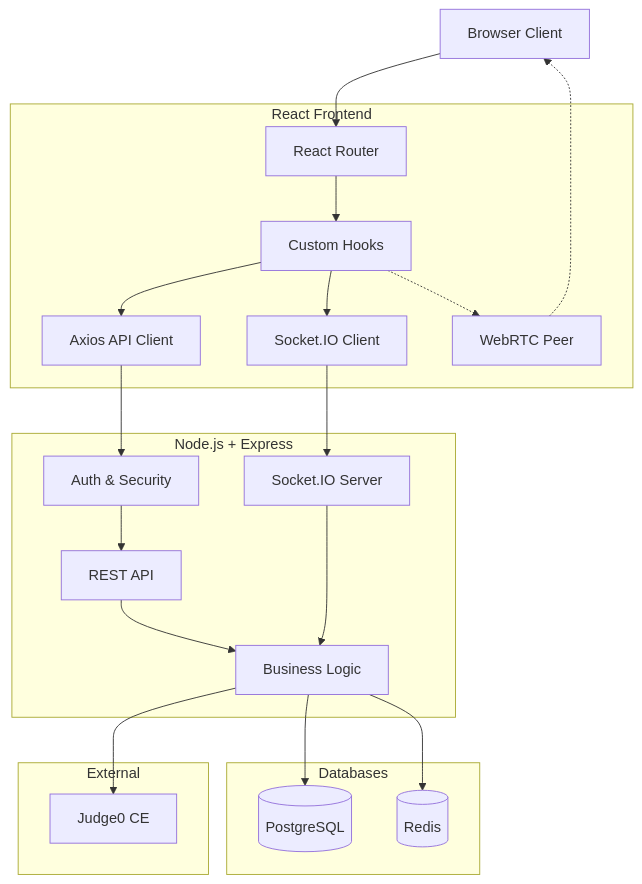
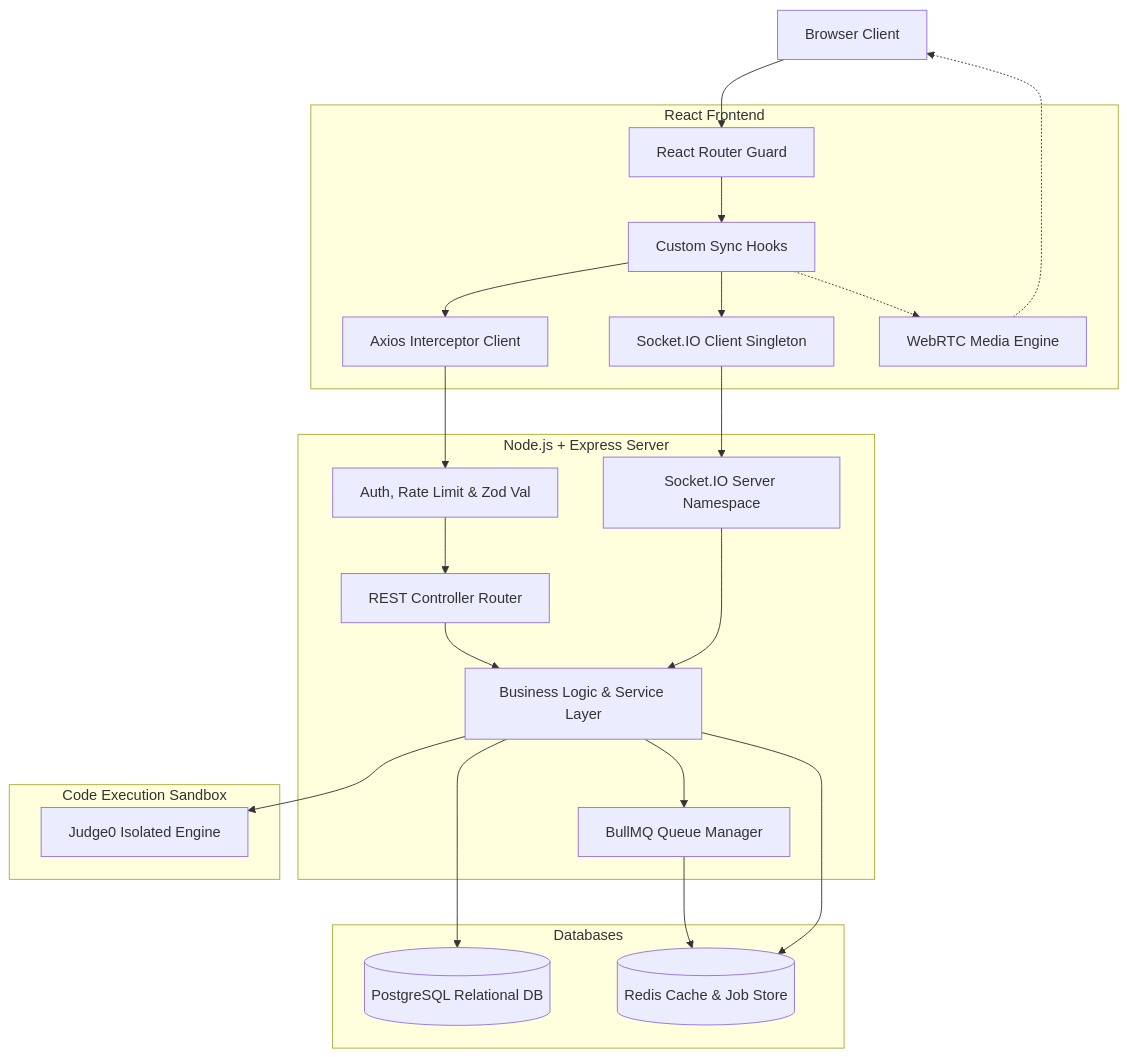
Before and after one commit to Pratyush2240/CodeCall: the first of 4 diagrams in ARCHITECTURE.md, drawn with Mermaid. The commit also changed other lines of this file and 5 other files, not shown here.

Commit message:
docs: update README and ARCHITECTURE documentation and remove redundant files

````diff
--- a/ARCHITECTURE.md
+++ b/ARCHITECTURE.md
@@ -9,46 +11,49 @@
 ```mermaid
 graph TD
     Client[Browser Client]
     
     subgraph Frontend [React Frontend]
-        Router[React Router]
-        Hooks[Custom Hooks]
-        API[Axios API Client]
-        Sockets[Socket.IO Client]
-        WebRTC[WebRTC Peer]
+        Router[React Router Guard]
+        Hooks[Custom Sync Hooks]
+        API[Axios Interceptor Client]
+        Sockets[Socket.IO Client Singleton]
+        WebRTC[WebRTC Media Engine]
     end
 
-    subgraph Backend [Node.js + Express]
-        API_Layer[REST API]
-        Socket_Layer[Socket.IO Server]
-        Middleware[Auth & Security]
-        Services[Business Logic]
+    subgraph Backend [Node.js + Express Server]
+        API_Layer[REST Controller Router]
+        Socket_Layer[Socket.IO Server Namespace]
+        Middleware[Auth, Rate Limit & Zod Val]
+        Services[Business Logic & Service Layer]
+        Jobs[BullMQ Queue Manager]
     end
 
-    subgraph Databases
-        Postgres[(PostgreSQL)]
-        Redis[(Redis)]
+    subgraph Storage [Databases]
+        Postgres[(PostgreSQL Relational DB)]
+        Redis[(Redis Cache & Job Store)]
     end
 
-    subgraph External
-        Judge0[Judge0 CE]
+    subgraph Sandbox [Code Execution Sandbox]
+        Judge0[Judge0 Isolated Engine]
     end
 
     Client --> Router
     Router --> Hooks
     Hooks --> API
     Hooks --> Sockets
     Hooks -.-> WebRTC
     WebRTC -.-> Client
 
     API --> Middleware
     Middleware --> API_Layer
     API_Layer --> Services
     Services --> Postgres
     
     Sockets --> Socket_Layer
     Socket_Layer --> Services
     
+    Services --> Jobs
+    Jobs --> Redis
     Services --> Judge0
     Services --> Redis
 ```
````
